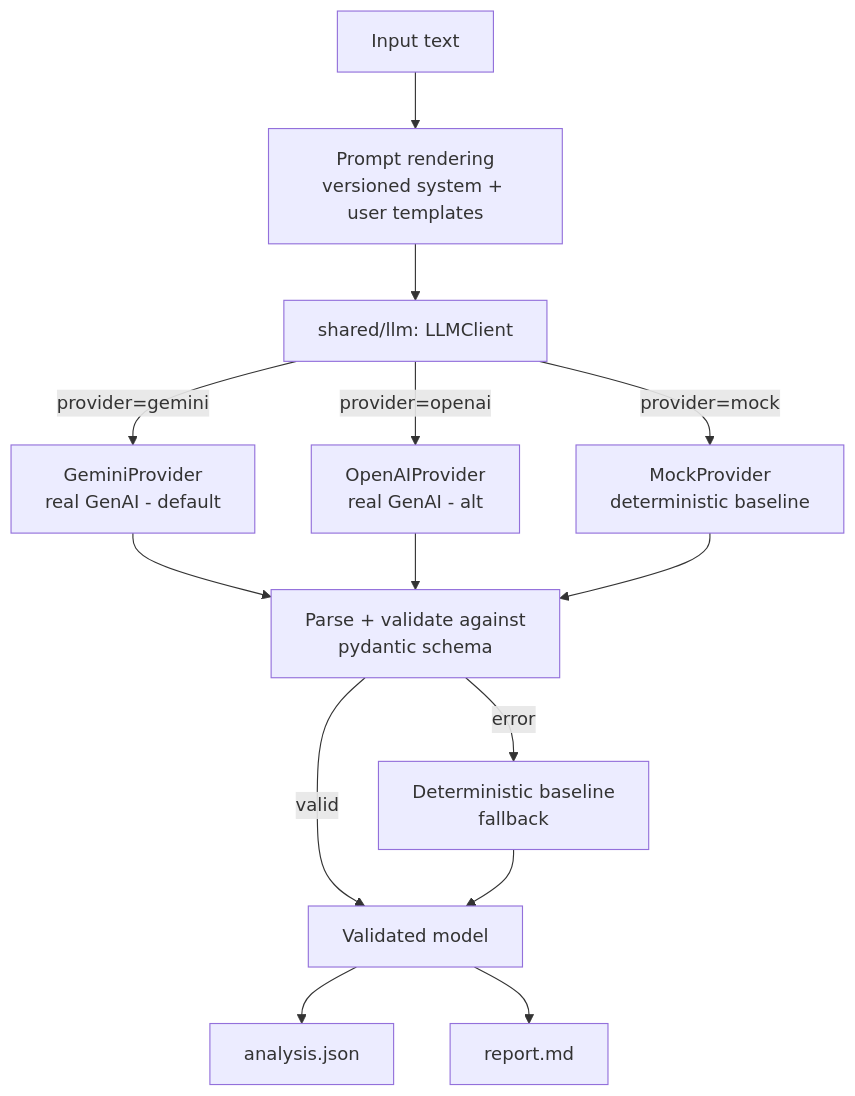
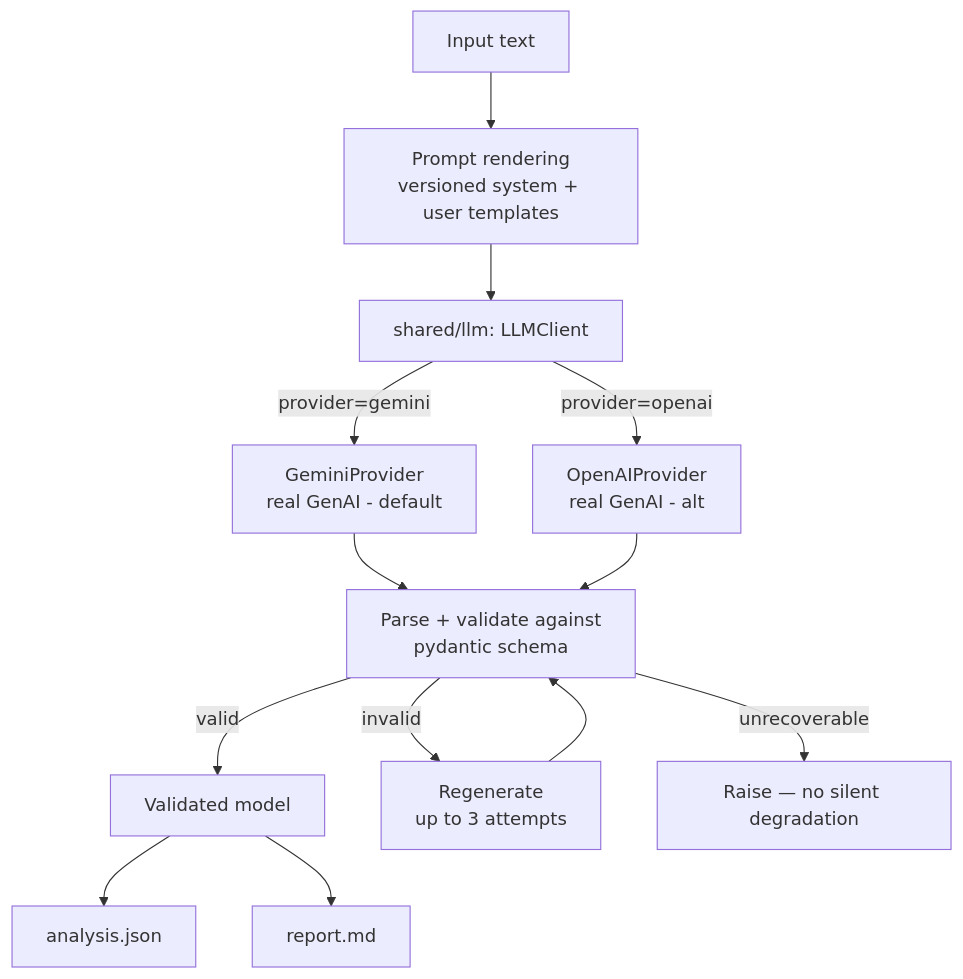
The diagram in README.md (nicolyyr/bradesco-bbi-ai-challenge), drawn with Mermaid before and after one commit. The commit also changed other lines of this file and 23 other files, not shown here.

First line of the commit message:
refactor: pure-LLM — remove mock provider and deterministic fallback

````diff
--- a/README.md
+++ b/README.md
@@ -63,16 +63,15 @@
 ```mermaid
 flowchart TD
     IN[Input text] --> R[Prompt rendering<br/>versioned system + user templates]
     R --> CL[shared/llm: LLMClient]
     CL -->|provider=gemini| GEM[GeminiProvider<br/>real GenAI - default]
     CL -->|provider=openai| OAI[OpenAIProvider<br/>real GenAI - alt]
-    CL -->|provider=mock| MK[MockProvider<br/>deterministic baseline]
     GEM --> V[Parse + validate against<br/>pydantic schema]
     OAI --> V
-    MK --> V
     V -->|valid| OUT[Validated model]
-    V -->|error| FB[Deterministic baseline<br/>fallback]
-    FB --> OUT
+    V -->|invalid| RG[Regenerate<br/>up to 3 attempts]
+    RG --> V
+    V -->|unrecoverable| ERR[Raise — no silent degradation]
     OUT --> J[analysis.json]
     OUT --> MD[report.md]
 ```
````
